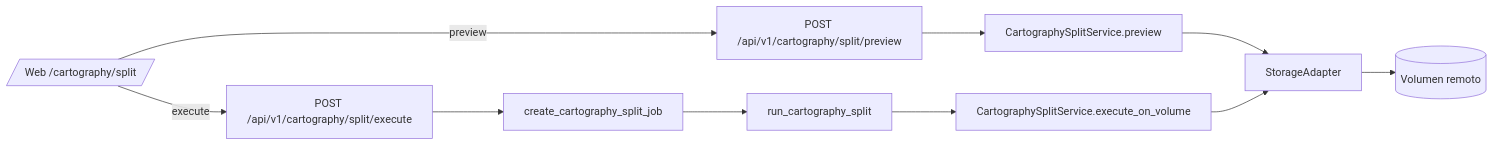
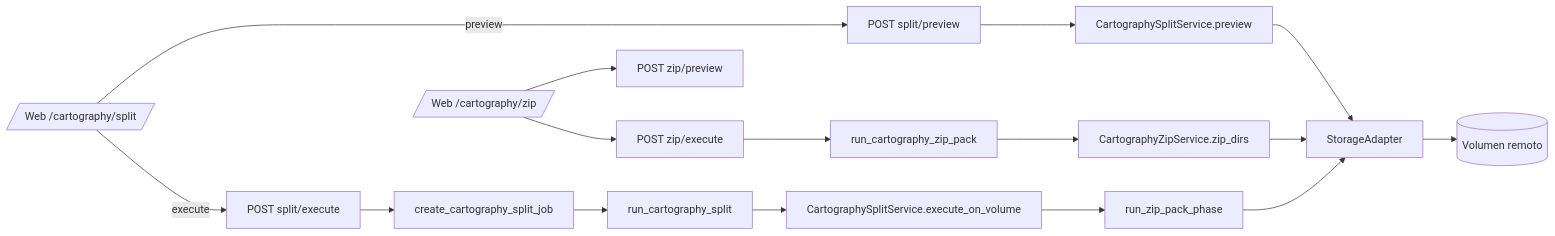
The diagram in docs/Specs/cartography-maps-split.md (VasquezNodier/Segit-DataHarmony), drawn with Mermaid before and after one commit. The commit also changed other lines of this file, not shown here.

Commit message:
docs(cartography): ampliar spec split, ZIP y fase GDB

````diff
--- a/docs/Specs/cartography-maps-split.md
+++ b/docs/Specs/cartography-maps-split.md
@@ -66,12 +80,18 @@
 ```mermaid
 flowchart LR
-    UI[/"Web /cartography/split"/] -->|preview| Preview[POST /api/v1/cartography/split/preview]
-    UI -->|execute| ExecuteEP[POST /api/v1/cartography/split/execute]
+    UI[/"Web /cartography/split"/] -->|preview| Preview[POST split/preview]
+    UI -->|execute| ExecuteEP[POST split/execute]
     Preview --> Scanner[CartographySplitService.preview]
     ExecuteEP --> CreateJob[create_cartography_split_job]
     CreateJob --> Celery[run_cartography_split]
     Celery --> Exec[CartographySplitService.execute_on_volume]
+    Exec --> ZipPhase[run_zip_pack_phase]
+    ZipPhase --> StorageAdapter
     Scanner --> StorageAdapter
-    Exec --> StorageAdapter
     StorageAdapter --> Volume[(Volumen remoto)]
+    U2[/"Web /cartography/zip"/] --> Zp[POST zip/preview]
+    U2 --> Ze[POST zip/execute]
+    Ze --> Zjob[run_cartography_zip_pack]
+    Zjob --> ZipSvc[CartographyZipService.zip_dirs]
+    ZipSvc --> StorageAdapter
 ```
````
